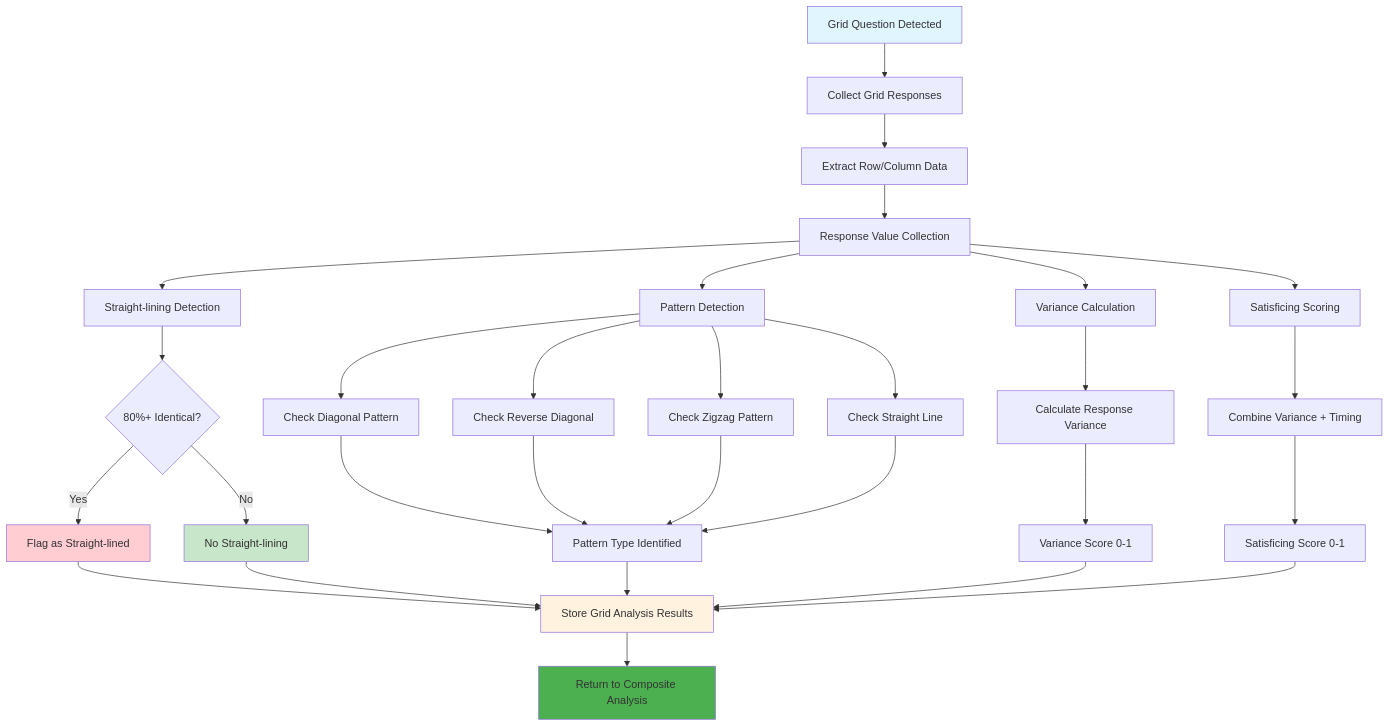
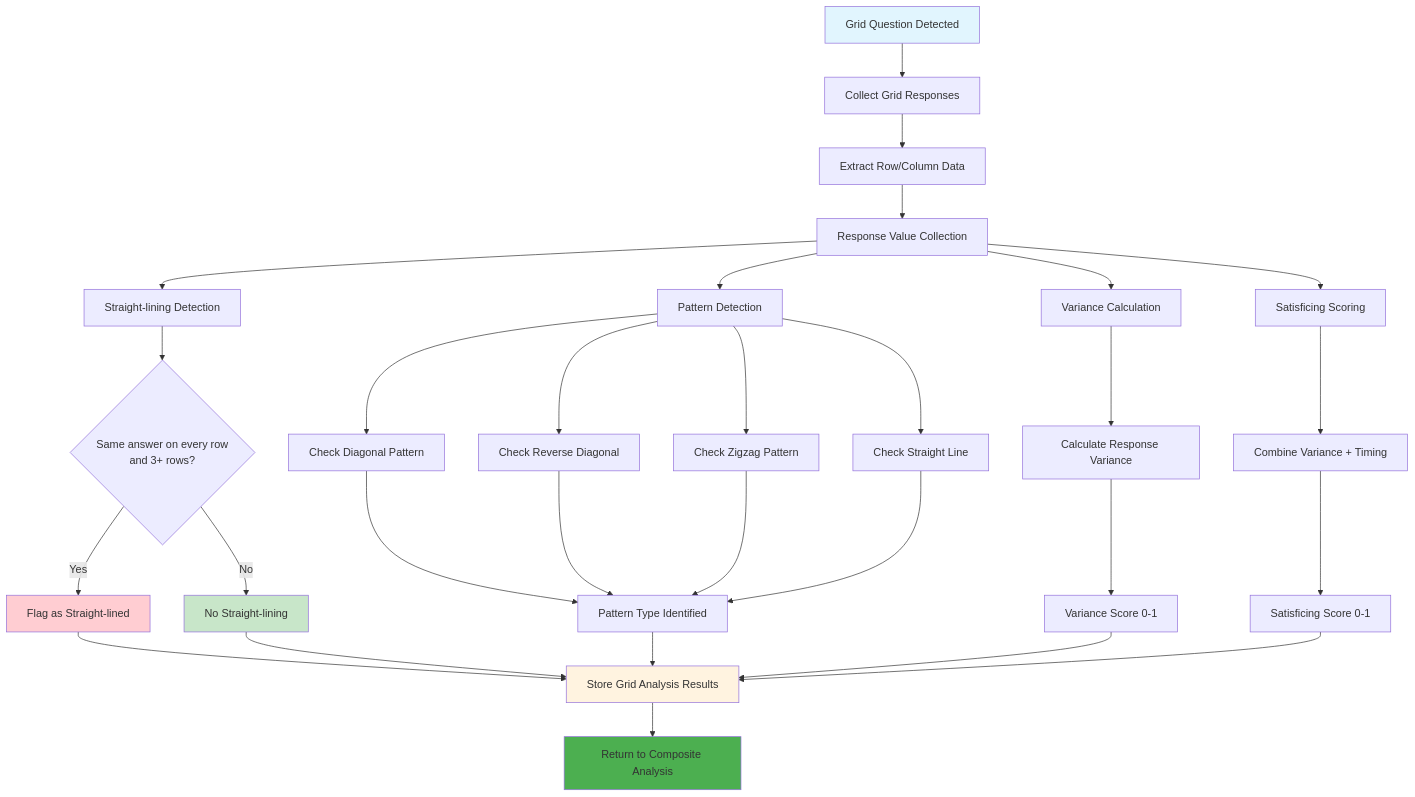
Diagram 11 of 15 in bot_detection_flow.md (halderavik/bot_detection_live), drawn with Mermaid before and after one commit. The commit also changed other lines of this file and 34 other files, not shown here.

````diff
--- a/bot_detection_flow.md
+++ b/bot_detection_flow.md
@@ -993,43 +1034,43 @@
 ```mermaid
 graph TD
     A[Grid Question Detected] --> B[Collect Grid Responses]
     B --> C[Extract Row/Column Data]
     C --> D[Response Value Collection]
     D --> E[Straight-lining Detection]
     D --> F[Pattern Detection]
     D --> G[Variance Calculation]
     D --> H[Satisficing Scoring]
     
-    E --> E1{80%+ Identical?}
+    E --> E1{Same answer on every row<br/>and 3+ rows?}
     E1 -->|Yes| E2[Flag as Straight-lined]
     E1 -->|No| E3[No Straight-lining]
     
     F --> F1[Check Diagonal Pattern]
     F --> F2[Check Reverse Diagonal]
     F --> F3[Check Zigzag Pattern]
     F --> F4[Check Straight Line]
     F1 --> F5[Pattern Type Identified]
     F2 --> F5
     F3 --> F5
     F4 --> F5
     
     G --> G1[Calculate Response Variance]
     G1 --> G2[Variance Score 0-1]
     
     H --> H1[Combine Variance + Timing]
     H1 --> H2[Satisficing Score 0-1]
     
     E2 --> I[Store Grid Analysis Results]
     E3 --> I
     F5 --> I
     G2 --> I
     H2 --> I
     
     I --> J[Return to Composite Analysis]
     
     style A fill:#e1f5fe
     style E2 fill:#ffcdd2
     style E3 fill:#c8e6c9
     style I fill:#fff3e0
     style J fill:#4caf50
 ```
````
